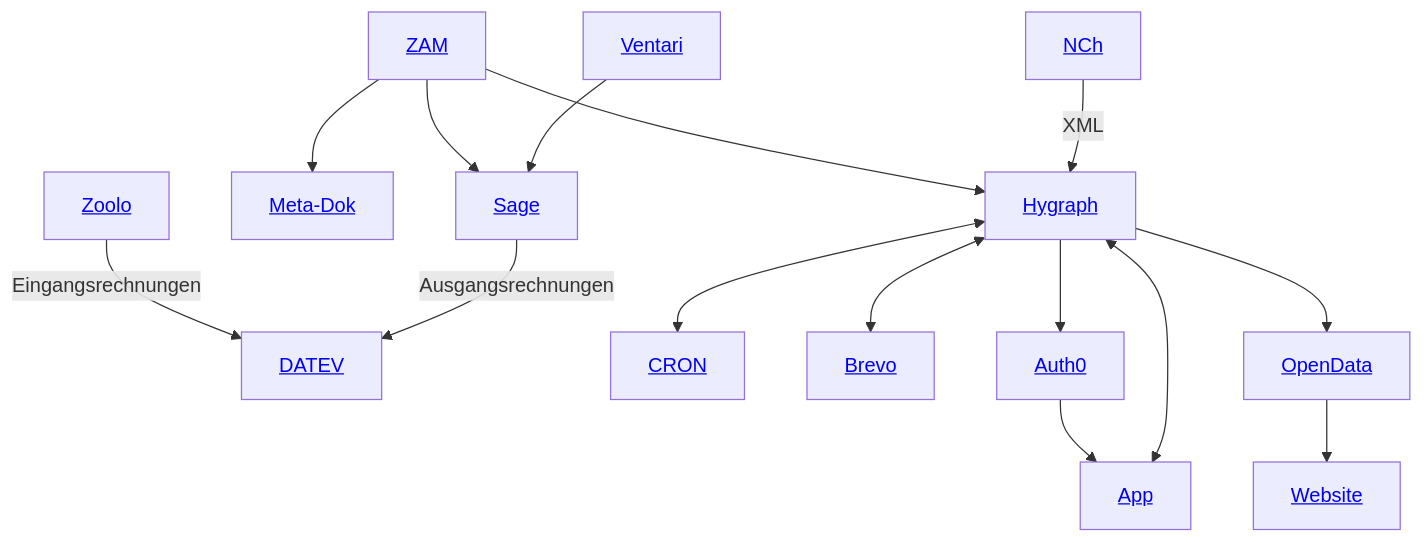
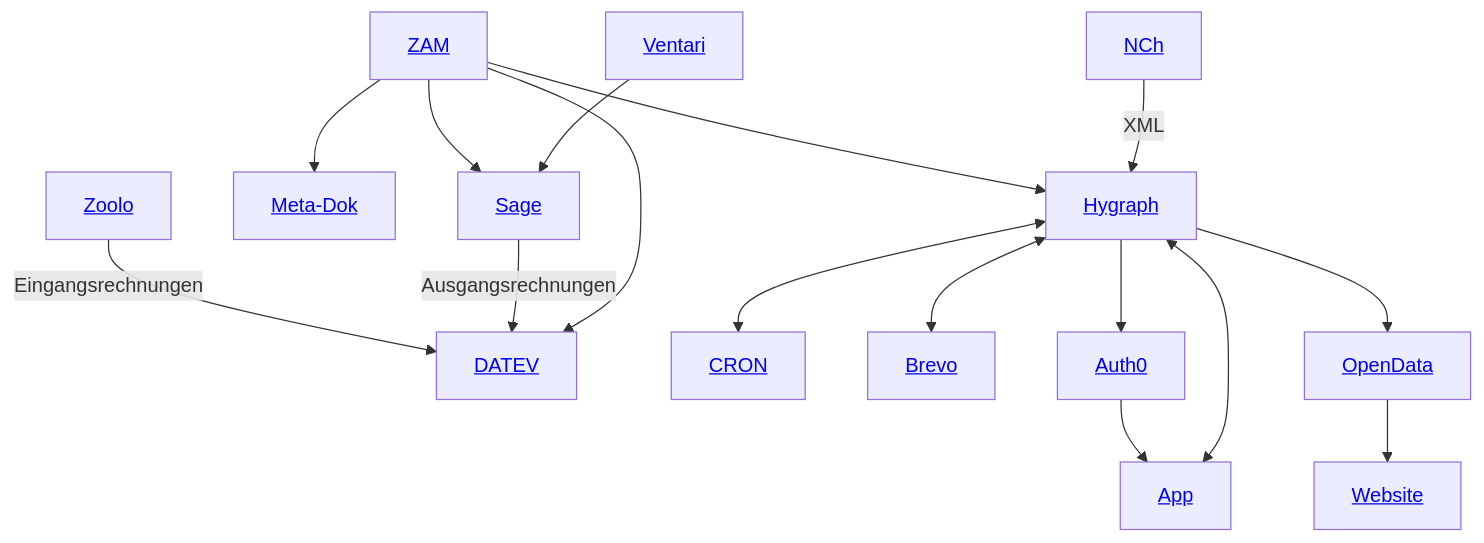
One commit to GDCh-de/docs changed the diagram in infrastructure.md. Above: the diagram before and after it, drawn with Mermaid.

````diff
--- a/infrastructure.md
+++ b/infrastructure.md
@@ -3,14 +3,15 @@
 ```mermaid
 graph TD;
   Zoolo[<a href='/GDCh-de/docs/blob/main/Zoolo.md'>Zoolo</a>] --> |Eingangsrechnungen| DATEV
   ZAM[<a href='/GDCh-de/docs/blob/main/ZAM.md'>ZAM</a>] --> Meta-Dok[<a href='/GDCh-de/docs/blob/main/Meta-Dok.md'>Meta-Dok</a>];
   ZAM --> Sage[<a href='/GDCh-de/docs/blob/main/Sage.md'>Sage</a>] --> |Ausgangsrechnungen| DATEV[<a href='/GDCh-de/docs/blob/main/DATEV.md'>DATEV</a>];
   Ventari[<a href='/GDCh-de/docs/blob/main/Ventari.md'>Ventari</a>] --> Sage;
   Hygraph <--> Cron[<a href='/GDCh-de/docs/blob/main/CRON.md'>CRON</a>];
   Hygraph <--> Brevo[<a href='/GDCh-de/docs/blob/main/Brevo.md'>Brevo</a>];
   Hygraph[<a href='/GDCh-de/docs/blob/main/hygraph.md'>Hygraph</a>] --> Auth0[<a href='/GDCh-de/docs/blob/main/Auth0.md'>Auth0</a>] --> App[<a href='/GDCh-de/docs/blob/main/App.md'>App</a>];
   Hygraph <--> App;
   ZAM --> Hygraph;
+  ZAM --> DATEV[<a href='/GDCh-de/docs/blob/main/DATEV.md'>DATEV</a>];
   Hygraph --> OpenData[<a href='/GDCh-de/docs/blob/main/OpenData.md'>OpenData</a>] --> Website[<a href='/GDCh-de/docs/blob/main/Website.md'>Website</a>];
   NCh[<a href='/GDCh-de/docs/blob/main/NCh.md'>NCh</a>] --> |XML| Hygraph;
 ```
````
